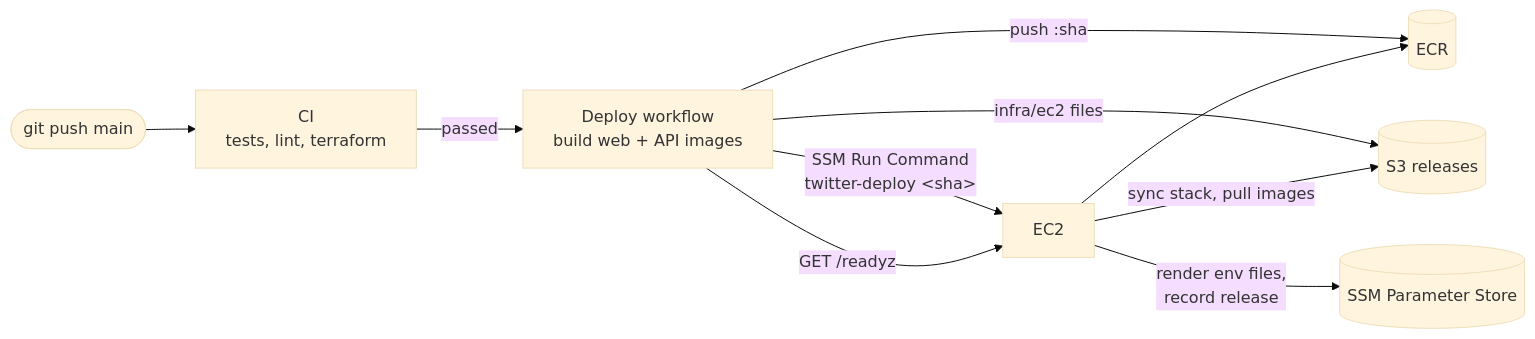
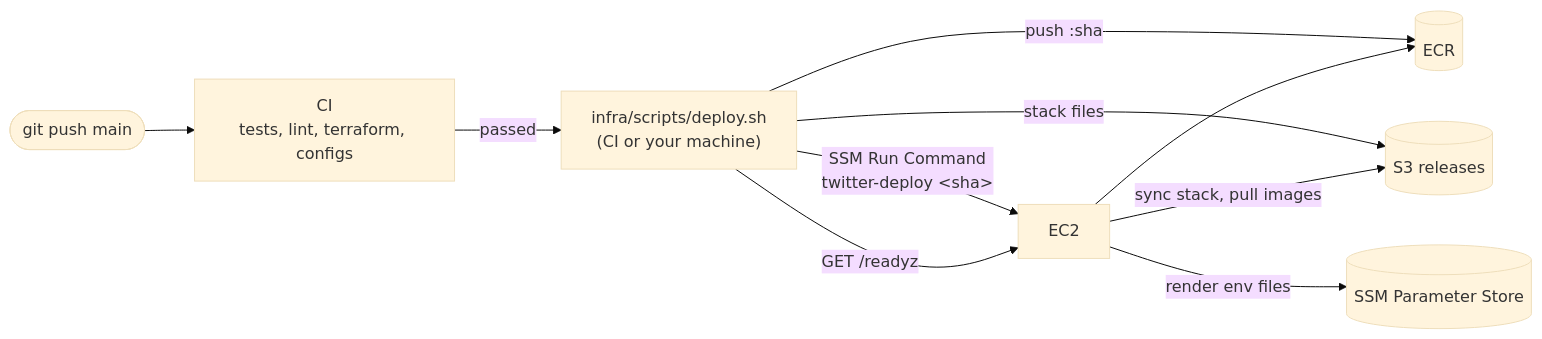
The second of 2 diagrams in README.md (feifxi/twitter-clone), drawn with Mermaid (base theme) before and after one commit. The commit also changed other lines of this file and 92 other files, not shown here.

````diff
--- a/README.md
+++ b/README.md
@@ -67,12 +65,12 @@
 ```mermaid
 flowchart LR
-  push(["git push main"]) --> ci["CI<br/>tests, lint, terraform"]
-  ci -- "passed" --> gha["Deploy workflow<br/>build web + API images"]
-  gha -- "push :sha" --> ecr[("ECR")]
-  gha -- "infra/ec2 files" --> s3[("S3 releases")]
-  gha -- "SSM Run Command<br/>twitter-deploy &lt;sha&gt;" --> ec2["EC2"]
+  push(["git push main"]) --> ci["CI<br/>tests, lint, terraform, configs"]
+  ci -- "passed" --> deploy["infra/scripts/deploy.sh<br/>(CI or your machine)"]
+  deploy -- "push :sha" --> ecr[("ECR")]
+  deploy -- "stack files" --> s3[("S3 releases")]
+  deploy -- "SSM Run Command<br/>twitter-deploy &lt;sha&gt;" --> ec2["EC2"]
   ec2 -- "sync stack, pull images" --> s3
   ec2 --> ecr
-  ec2 -- "render env files,<br/>record release" --> ssm[("SSM Parameter Store")]
-  gha -- "GET /readyz" --> ec2
+  ec2 -- "render env files" --> ssm[("SSM Parameter Store")]
+  deploy -- "GET /readyz" --> ec2
 ```
````
